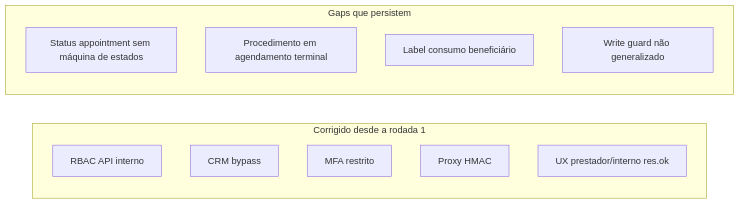
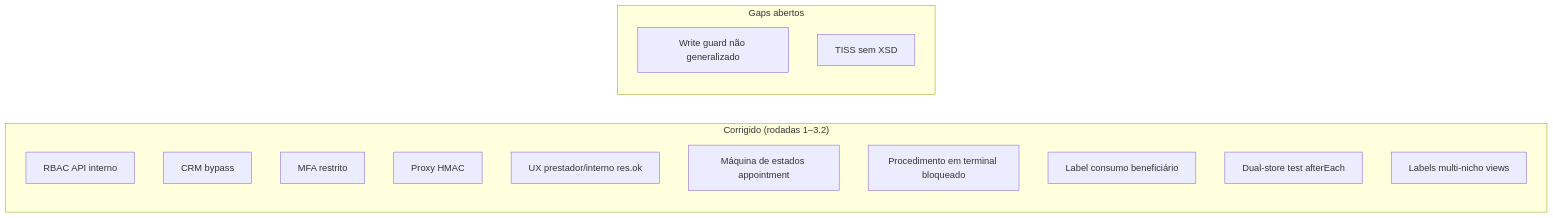
The diagram in docs/produto/AUDITORIA_FLUXOS.md (Piulres/sistema-bibi), drawn with Mermaid before and after one commit. The commit also changed other lines of this file and 7 other files, not shown here.

````diff
--- a/docs/produto/AUDITORIA_FLUXOS.md
+++ b/docs/produto/AUDITORIA_FLUXOS.md
@@ -64,16 +66,19 @@
 ```mermaid
 flowchart LR
-  subgraph OK["Corrigido desde a rodada 1"]
+  subgraph OK["Corrigido (rodadas 1–3.2)"]
     R[RBAC API interno]
     C[CRM bypass]
     M[MFA restrito]
     X[Proxy HMAC]
     U[UX prestador/interno res.ok]
+    S[Máquina de estados appointment]
+    P[Procedimento em terminal bloqueado]
+    B[Label consumo beneficiário]
+    D[Dual-store test afterEach]
+    L[Labels multi-nicho views]
   end
-  subgraph GAP["Gaps que persistem"]
-    S[Status appointment sem máquina de estados]
-    P[Procedimento em agendamento terminal]
-    B[Label consumo beneficiário]
+  subgraph GAP["Gaps abertos"]
     W[Write guard não generalizado]
+    T[TISS sem XSD]
   end
 ```
````
